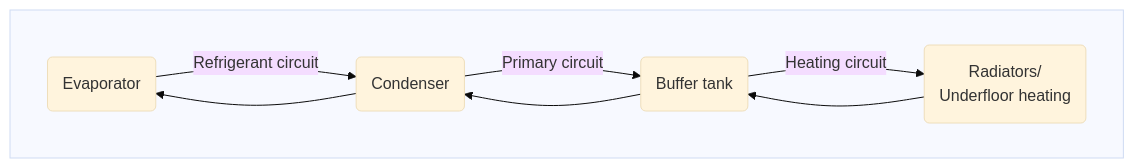
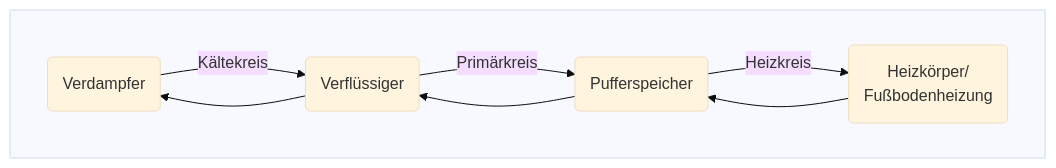
One commit to bosch-buderus-wp/bosch-buderus-wp.github.io changed the diagram in _en_docs/Technischer-Aufbau.md. Above: the diagram before and after it, drawn with Mermaid (base theme). The commit also changed other lines of this file and 25 other files, not shown here.

````diff
--- a/_en_docs/Technischer-Aufbau.md
+++ b/_en_docs/Technischer-Aufbau.md
@@ -31,12 +31,12 @@
 ```mermaid
 flowchart TD
 subgraph Z[" "]
 direction LR
-    A(Evaporator) -->|Refrigerant circuit| B(Condenser)
+    A(Verdampfer) -->|Kältekreis| B(Verflüssiger)
     B --> A
-    B --> |Primary circuit| C(Buffer tank)
+    B --> |Primärkreis| C(Pufferspeicher)
     C --> B
-    C --> |Heating circuit| D(Radiators/<br/>Underfloor heating)
+    C --> |Heizkreis| D(Heizkörper/<br/>Fußbodenheizung)
     D --> C
 end
 ```
````
